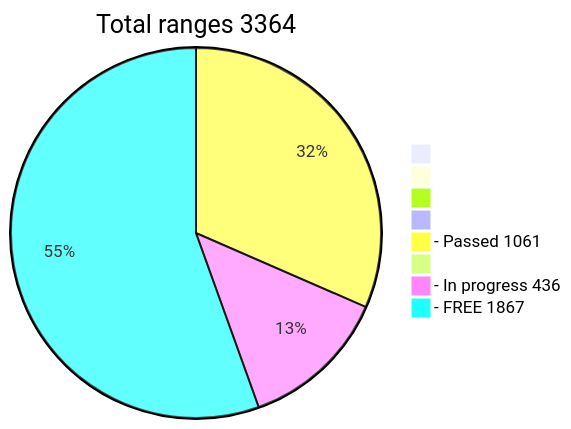
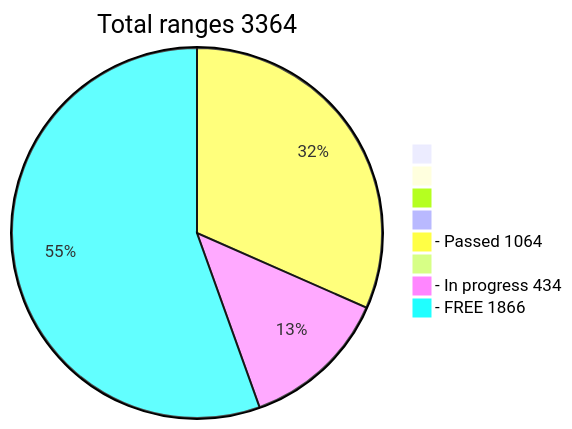
One commit to phrutis/wif500 changed the diagram in README.md. Above: the diagram before and after it, drawn with Mermaid.

````diff
--- a/README.md
+++ b/README.md
@@ -16,12 +16,12 @@
 ```mermaid
 pie title Total ranges 3364
              " " : 0
             "  " : 0
            "   " : 0
           "    " : 0
-  "- Passed 1061" : 1061
+  "- Passed 1064" : 1063
          "     " : 0
-  "- In progress 436" : 436
-   "- FREE 1867" : 1867
+  "- In progress 434" : 434
+   "- FREE 1866" : 1866
    
 ```
````
